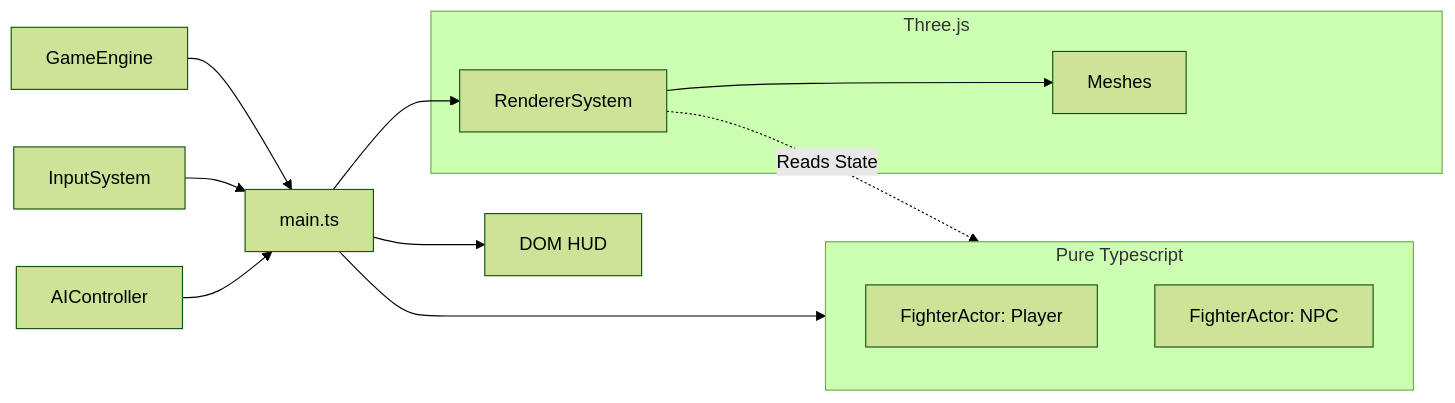
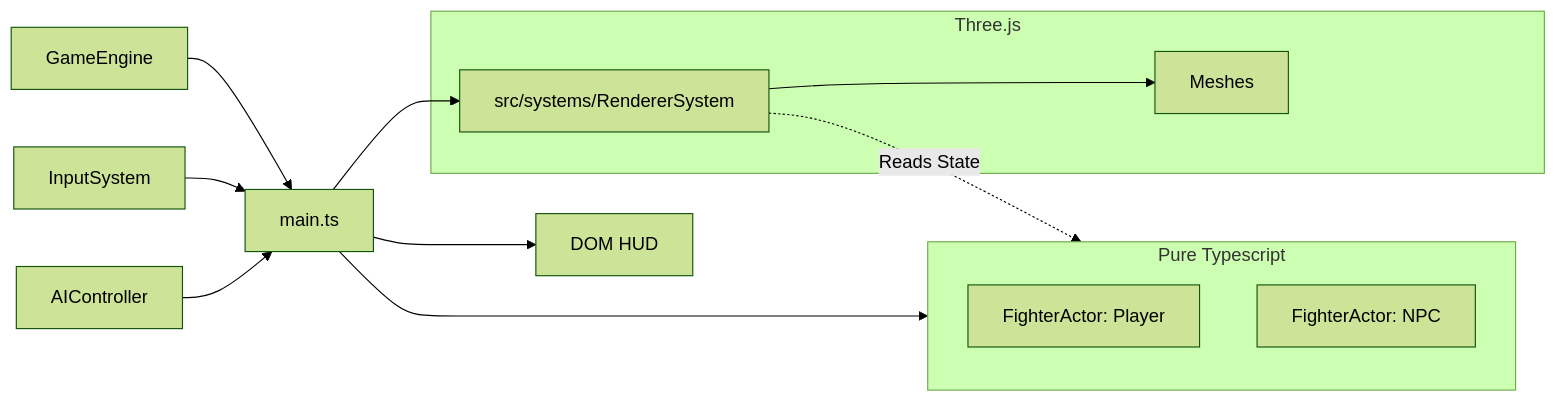
Before and after one commit to GhCristea/xstate-threejs-fighting-template: the first of 2 diagrams in README.md, drawn with Mermaid (forest theme). The commit also changed other lines of this file and 2 other files, not shown here.

Commit message:
docs: Add `physics` and `systems` directories >> relocating `RendererSystem`

````diff
--- a/README.md
+++ b/README.md
@@ -97,23 +101,23 @@
 ```mermaid
 flowchart LR
   Engine[GameEngine] --> Main[main.ts]
   Input[InputSystem] --> Main
   AI[AIController] --> Main
 
   subgraph Logic [Pure Typescript]
     P1[FighterActor: Player]
     P2[FighterActor: NPC]
   end
 
   subgraph Visuals [Three.js]
-    RenderSys[RendererSystem]
+    RenderSys[src/systems/RendererSystem]
     Meshes[Meshes]
   end
 
   Main --> Logic
   Main --> RenderSys
   RenderSys -.->|Reads State| Logic
   RenderSys --> Meshes
 
   Main --> HUD[DOM HUD]
 ```
````
